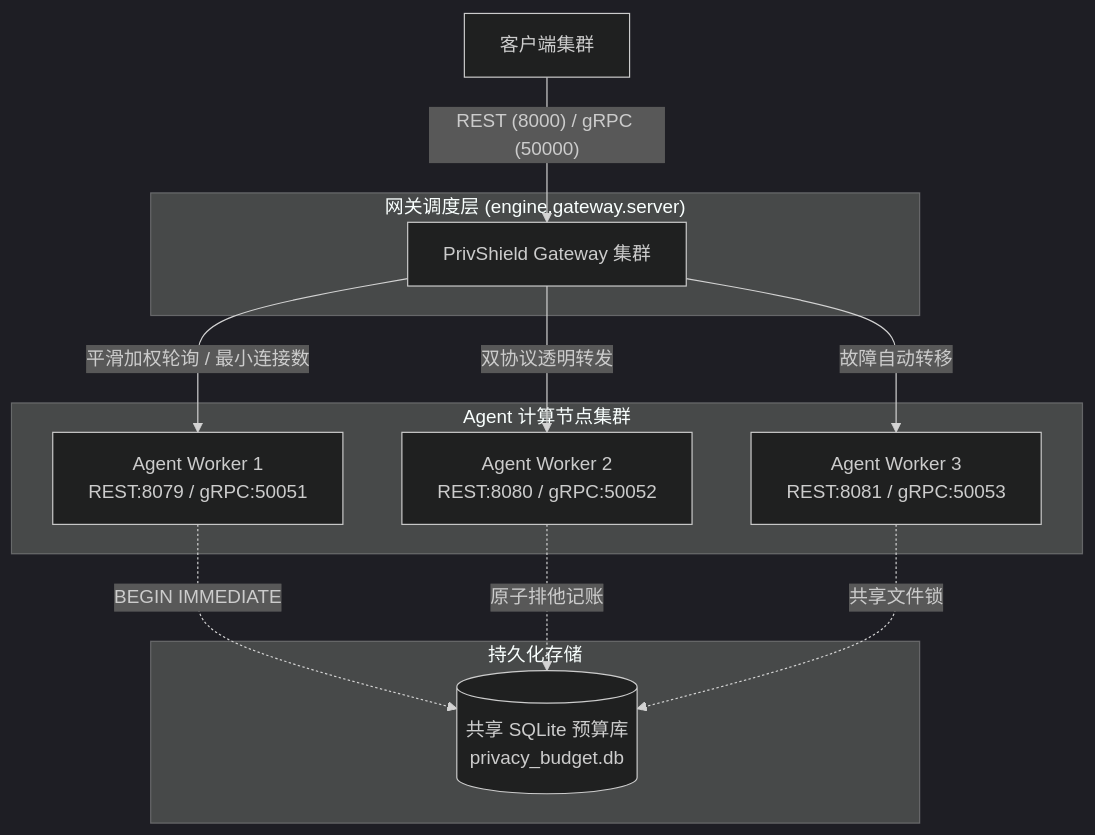
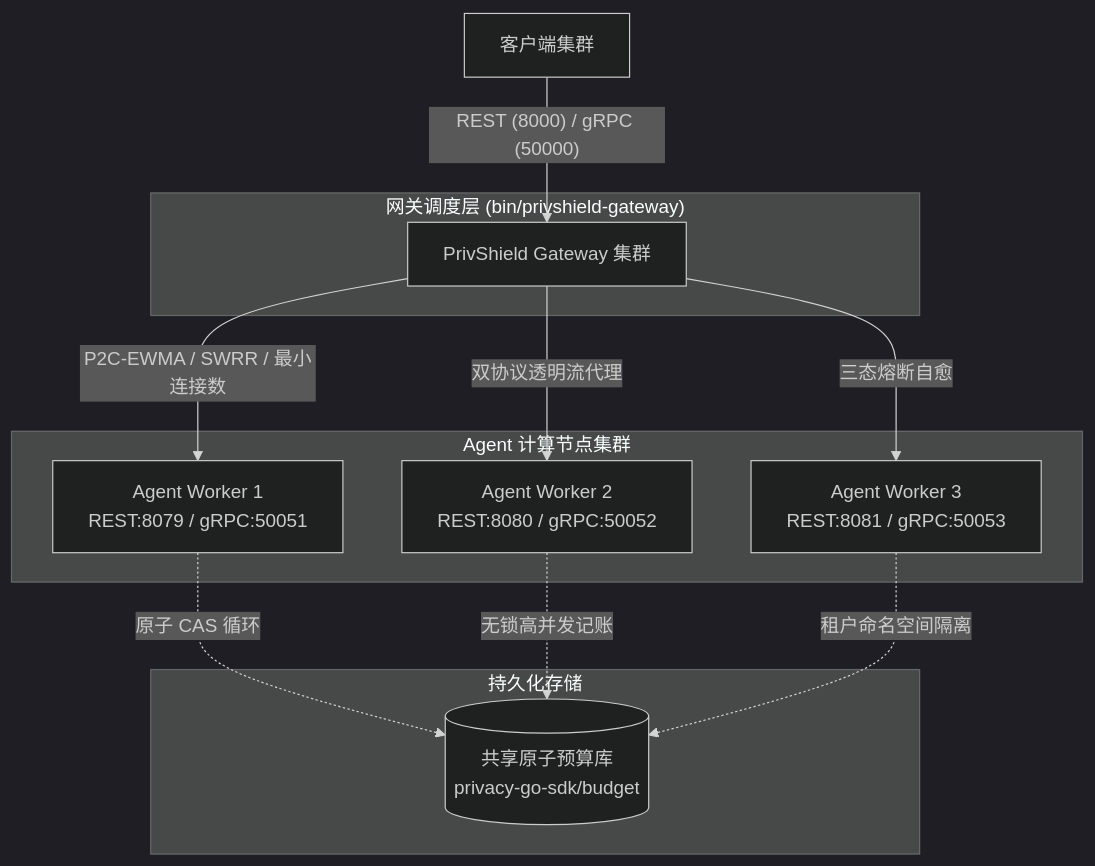
Before and after one commit to fengzhizi319/PrivShield: the first of 2 diagrams in docs/gateway_balancer/ops.md, drawn with Mermaid (dark theme). The commit also changed other lines of this file and 10 other files, not shown here.

Commit message:
docs(gateway): synchronize all gateway and load balancer documents with Go cloud-native architecture

````diff
--- a/docs/gateway_balancer/ops.md
+++ b/docs/gateway_balancer/ops.md
@@ -17,26 +17,26 @@
 ```mermaid
 graph TD
     Client[客户端集群] -->|"REST (8000) / gRPC (50000)"| GW[PrivShield Gateway 集群]
     
-    subgraph GatewayLayer ["网关调度层 (engine.gateway.server)"]
+    subgraph GatewayLayer ["网关调度层 (bin/privshield-gateway)"]
         GW
     end
 
     subgraph WorkerCluster [Agent 计算节点集群]
         W1[Agent Worker 1<br/>REST:8079 / gRPC:50051]
         W2[Agent Worker 2<br/>REST:8080 / gRPC:50052]
         W3[Agent Worker 3<br/>REST:8081 / gRPC:50053]
     end
 
     subgraph Storage [持久化存储]
-        BudgetDB[("共享 SQLite 预算库<br/>privacy_budget.db")]
+        BudgetDB[("共享原子预算库<br/>privacy-go-sdk/budget")]
     end
 
-    GW -->|平滑加权轮询 / 最小连接数| W1
-    GW -->|双协议透明转发| W2
-    GW -->|故障自动转移| W3
+    GW -->|P2C-EWMA / SWRR / 最小连接数| W1
+    GW -->|双协议透明流代理| W2
+    GW -->|三态熔断自愈| W3
 
-    W1 -.->|BEGIN IMMEDIATE| BudgetDB
-    W2 -.->|原子排他记账| BudgetDB
-    W3 -.->|共享文件锁| BudgetDB
+    W1 -.->|原子 CAS 循环| BudgetDB
+    W2 -.->|无锁高并发记账| BudgetDB
+    W3 -.->|租户命名空间隔离| BudgetDB
 ```
````
